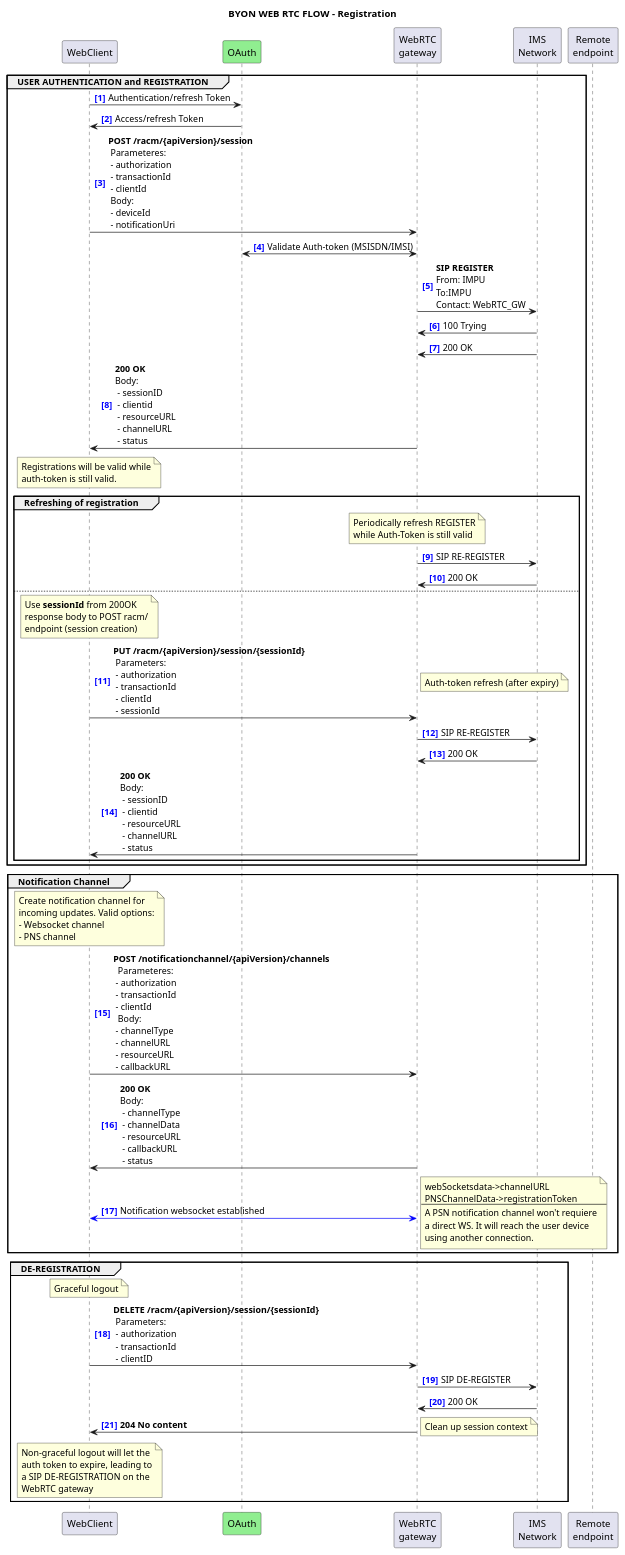
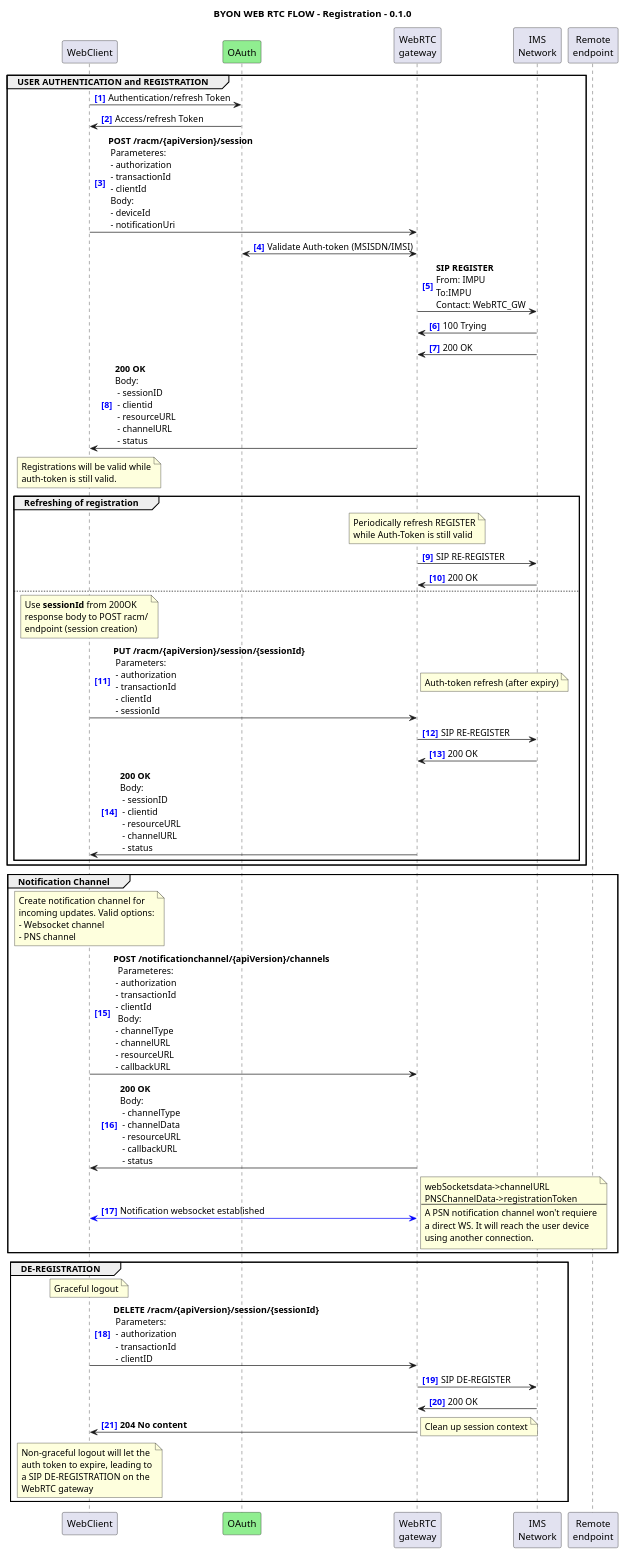
One commit to stroncoso-quobis/WebRTC changed the diagram in documentation/API_documentation/FlowsBYON-registration.wsd. Above: the diagram before and after it, drawn with PlantUML. The commit also changed 1 other file, not shown here.

```diff
--- a/documentation/API_documentation/FlowsBYON-registration.wsd
+++ b/documentation/API_documentation/FlowsBYON-registration.wsd
@@ -1,104 +1,104 @@
-@startuml BYON Registration
+@startuml BYON Registration 0.1.0
 
-title "BYON WEB RTC FLOW - Registration"
+title "BYON WEB RTC FLOW - Registration - 0.1.0"
 autonumber "<font color=blue><b>[0]"
 
 
 participant WebClient
 participant OAuth #LightGreen
 participant "WebRTC\ngateway" as WebRTC_GW
 participant "IMS\nNetwork" as IMS_Network
 participant "Remote\nendpoint" as RemoteEndpoint
 
 ' --- USER AUTHENTICATION and REGISTRATION
 group USER AUTHENTICATION and REGISTRATION
 
 WebClient -> OAuth: Authentication/refresh Token
 OAuth -> WebClient: Access/refresh Token
 WebClient -> WebRTC_GW: **POST /racm/{apiVersion}/session**\n\
  Parameteres:\n - authorization\n - transactionId\n - clientId\n\
  Body:\n - deviceId\n - notificationUri
 WebRTC_GW <-> OAuth: Validate Auth-token (MSISDN/IMSI)
 WebRTC_GW -> IMS_Network: **SIP REGISTER**\nFrom: IMPU\nTo:IMPU\nContact: WebRTC_GW
 IMS_Network -> WebRTC_GW: 100 Trying
 IMS_Network -> WebRTC_GW: 200 OK
 WebRTC_GW -> WebClient: **200 OK**\nBody:\n - sessionID\n - clientid\n - resourceURL\n - channelURL\n - status
 note over WebClient
   Registrations will be valid while
   auth-token is still valid.
 end note
 
 ' --- Refreshing of registration
 group Refreshing of registration
   note over WebRTC_GW
    Periodically refresh REGISTER
    while Auth-Token is still valid
   end note
   WebRTC_GW -> IMS_Network: SIP RE-REGISTER
   IMS_Network -> WebRTC_GW: 200 OK
 
 else
 note over WebClient
   Use **sessionId** from 200OK
   response body to POST racm/
   endpoint (session creation)
 end note
 WebClient -> WebRTC_GW: **PUT /racm/{apiVersion}/session/{sessionId}** \n\
  Parameters: \n - authorization\n - transactionId \n - clientId \n - sessionId
 
 note right
   Auth-token refresh (after expiry)
 end note
 WebRTC_GW -> IMS_Network: SIP RE-REGISTER
 IMS_Network -> WebRTC_GW: 200 OK
 WebRTC_GW -> WebClient: **200 OK**\nBody:\n - sessionID\n - clientid\n - resourceURL\n - channelURL\n - status
 end
 end
 
 ' --- Notification Channel 
 group Notification Channel 
 note over WebClient
   Create notification channel for
   incoming updates. Valid options:
   - Websocket channel
   - PNS channel
 end note
   
 WebClient -> WebRTC_GW: **POST /notificationchannel/{apiVersion}/channels** \n\
   Parameteres:\n - authorization\n - transactionId\n - clientId\n\
   Body:\n - channelType\n - channelURL\n - resourceURL\n - callbackURL
 
 WebRTC_GW -> WebClient: **200 OK**\nBody:\n\
  - channelType\n - channelData\n - resourceURL\n - callbackURL\n - status
 
 WebClient <-[#blue]> WebRTC_GW: Notification websocket established
 note right
   webSocketsdata->channelURL
   PNSChannelData->registrationToken
   --
   A PSN notification channel won't requiere
   a direct WS. It will reach the user device
   using another connection.
 end note
 end
 
 ' --- DE-REGISTRATION
 group DE-REGISTRATION
 note over WebClient
   Graceful logout
 end note
 WebClient -> WebRTC_GW: **DELETE /racm/{apiVersion}/session/{sessionId}** \n\
  Parameters: \n - authorization\n - transactionId\n - clientID
 WebRTC_GW -> IMS_Network: SIP DE-REGISTER
 IMS_Network -> WebRTC_GW: 200 OK
 WebRTC_GW -> WebClient: **204 No content**
       note right: Clean up session context
 note over WebClient
   Non-graceful logout will let the
   auth token to expire, leading to
   a SIP DE-REGISTRATION on the
   WebRTC gateway
 end note
 end 
 
 @enduml
```
